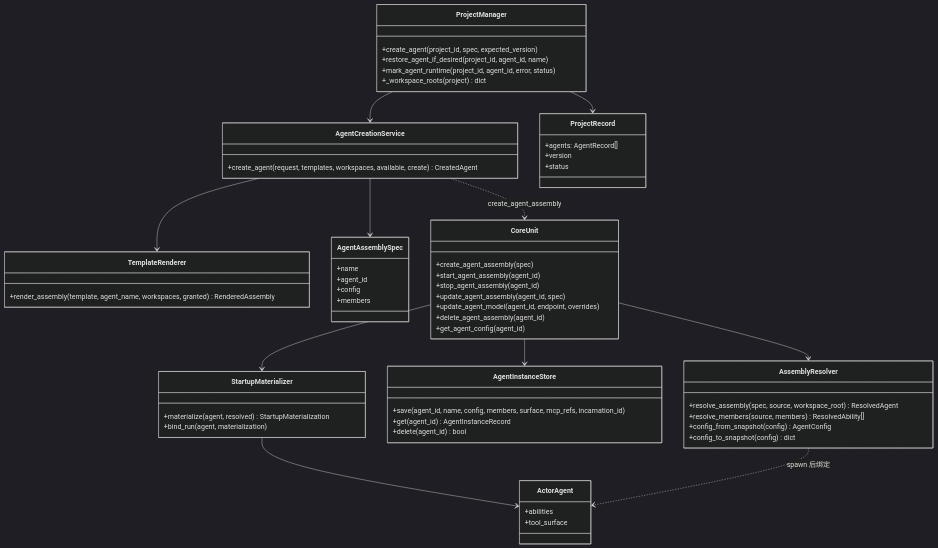
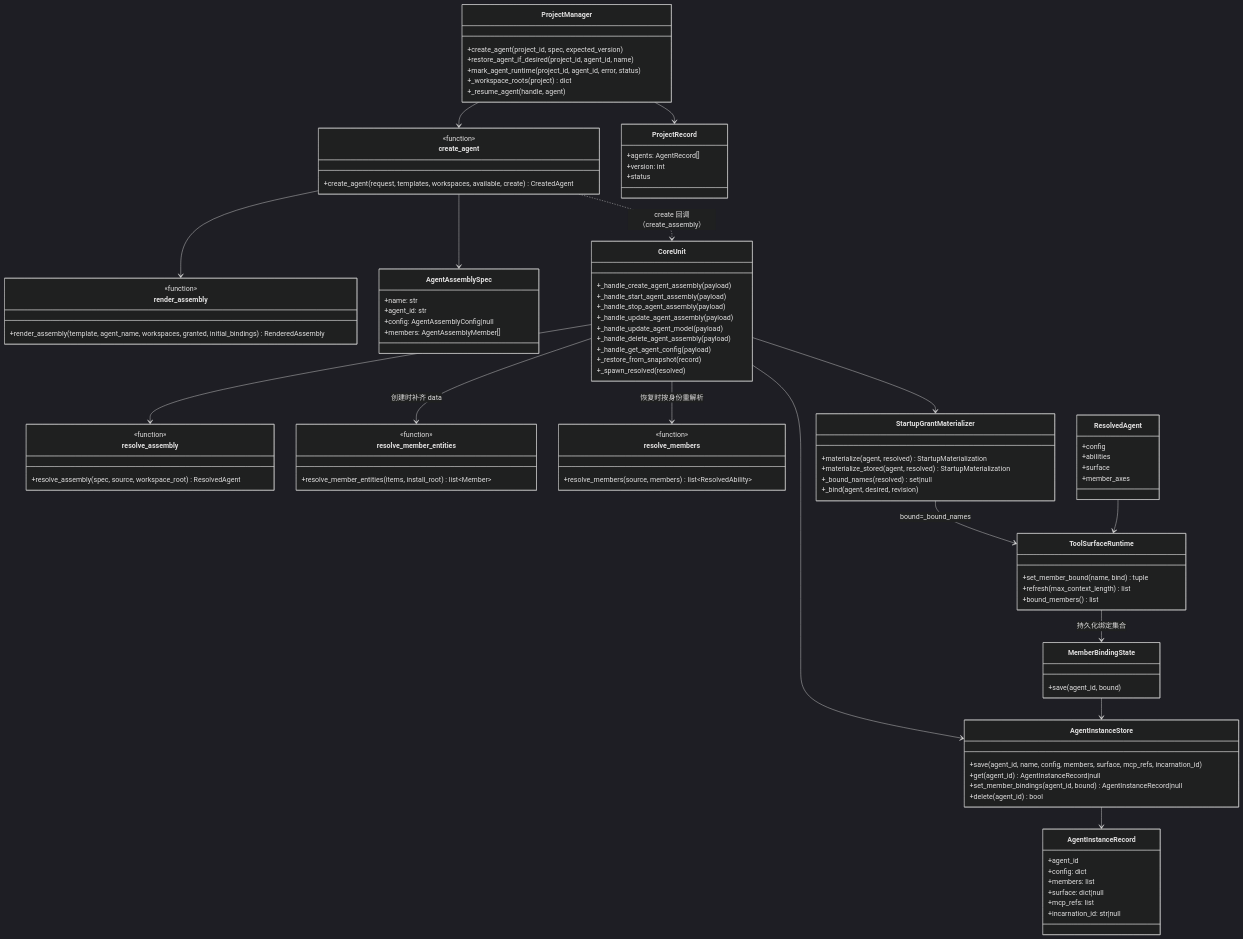
Before and after one commit to ghrah-org/ghrah-monorepo: the sixth of 6 diagrams in docs/ghrah-10-agent-instantiation-design.md, drawn with Mermaid (dark theme). The commit also changed other lines of this file and 15 other files, not shown here.

````diff
--- a/docs/ghrah-10-agent-instantiation-design.md
+++ b/docs/ghrah-10-agent-instantiation-design.md
@@ -723,61 +820,98 @@
         +restore_agent_if_desired(project_id, agent_id, name)
         +mark_agent_runtime(project_id, agent_id, error, status)
         +_workspace_roots(project) dict
+        +_resume_agent(handle, agent)
     }
-    class AgentCreationService {
+    class create_agent {
+        <<function>>
         +create_agent(request, templates, workspaces, available, create) CreatedAgent
     }
-    class TemplateRenderer {
-        +render_assembly(template, agent_name, workspaces, granted) RenderedAssembly
+    class render_assembly {
+        <<function>>
+        +render_assembly(template, agent_name, workspaces, granted, initial_bindings) RenderedAssembly
     }
     class AgentAssemblySpec {
-        +name
-        +agent_id
-        +config
-        +members
+        +name: str
+        +agent_id: str
+        +config: AgentAssemblyConfig|null
+        +members: AgentAssemblyMember[]
     }
     class CoreUnit {
-        +create_agent_assembly(spec)
-        +start_agent_assembly(agent_id)
-        +stop_agent_assembly(agent_id)
-        +update_agent_assembly(agent_id, spec)
-        +update_agent_model(agent_id, endpoint, overrides)
-        +delete_agent_assembly(agent_id)
-        +get_agent_config(agent_id)
+        +_handle_create_agent_assembly(payload)
+        +_handle_start_agent_assembly(payload)
+        +_handle_stop_agent_assembly(payload)
+        +_handle_update_agent_assembly(payload)
+        +_handle_update_agent_model(payload)
+        +_handle_delete_agent_assembly(payload)
+        +_handle_get_agent_config(payload)
+        +_restore_from_snapshot(record)
+        +_spawn_resolved(resolved)
     }
-    class AssemblyResolver {
+    class resolve_assembly {
+        <<function>>
         +resolve_assembly(spec, source, workspace_root) ResolvedAgent
-        +resolve_members(source, members) ResolvedAbility[]
-        +config_from_snapshot(config) AgentConfig
-        +config_to_snapshot(config) dict
+    }
+    class resolve_member_entities {
+        <<function>>
+        +resolve_member_entities(items, install_root) list~Member~
+    }
+    class resolve_members {
+        <<function>>
+        +resolve_members(source, members) list~ResolvedAbility~
     }
     class AgentInstanceStore {
         +save(agent_id, name, config, members, surface, mcp_refs, incarnation_id)
-        +get(agent_id) AgentInstanceRecord
+        +get(agent_id) AgentInstanceRecord|null
+        +set_member_bindings(agent_id, bound) AgentInstanceRecord|null
         +delete(agent_id) bool
     }
-    class StartupMaterializer {
+    class MemberBindingState {
+        +save(agent_id, bound)
+    }
+    class StartupGrantMaterializer {
         +materialize(agent, resolved) StartupMaterialization
-        +bind_run(agent, materialization)
+        +materialize_stored(agent, resolved) StartupMaterialization
+        +_bound_names(resolved) set|null
+        +_bind(agent, desired, revision)
     }
-    class ActorAgent {
+    class ToolSurfaceRuntime {
+        +set_member_bound(name, bind) tuple
+        +refresh(max_context_length) list
+        +bound_members() list
+    }
+    class AgentInstanceRecord {
+        +agent_id
+        +config: dict
+        +members: list
+        +surface: dict|null
+        +mcp_refs: list
+        +incarnation_id: str|null
+    }
+    class ResolvedAgent {
+        +config
         +abilities
-        +tool_surface
+        +surface
+        +member_axes
     }
     class ProjectRecord {
         +agents: AgentRecord[]
-        +version
+        +version: int
         +status
     }
 
-    ProjectManager --> AgentCreationService
+    ProjectManager --> create_agent
     ProjectManager --> ProjectRecord
-    AgentCreationService --> TemplateRenderer
-    AgentCreationService --> AgentAssemblySpec
-    AgentCreationService ..> CoreUnit : create_agent_assembly
+    create_agent --> render_assembly
+    create_agent --> AgentAssemblySpec
+    create_agent ..> CoreUnit : create 回调（create_assembly）
+    CoreUnit --> resolve_assembly
+    CoreUnit --> resolve_member_entities : 创建时补齐 data
+    CoreUnit --> resolve_members : 恢复时按身份重解析
     CoreUnit --> AgentInstanceStore
-    CoreUnit --> AssemblyResolver
-    CoreUnit --> StartupMaterializer
-    StartupMaterializer --> ActorAgent
-    AssemblyResolver ..> ActorAgent : spawn 后绑定
+    CoreUnit --> StartupGrantMaterializer
+    AgentInstanceStore --> AgentInstanceRecord
+    StartupGrantMaterializer --> ToolSurfaceRuntime : bound=_bound_names
+    ToolSurfaceRuntime --> MemberBindingState : 持久化绑定集合
+    MemberBindingState --> AgentInstanceStore
+    ResolvedAgent --> ToolSurfaceRuntime
 ```
````
